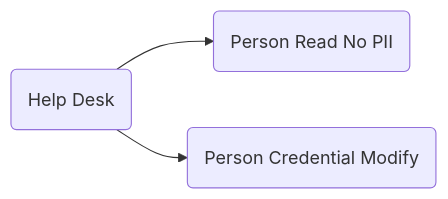
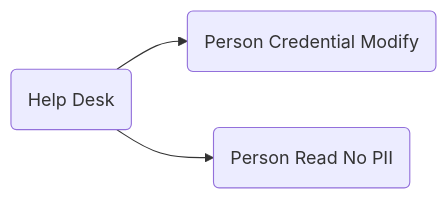
One commit to kanidm/kanidm changed the fourth of 12 diagrams in book/src/developers/designs/access_control_defaults.md. Above: the diagram before and after it, drawn with Mermaid. The commit also changed other lines of this file, not shown here.

````diff
--- a/book/src/developers/designs/access_control_defaults.md
+++ b/book/src/developers/designs/access_control_defaults.md
@@ -41,6 +41,6 @@
 ```mermaid
 graph LR
 
+HelpDesk("Help Desk") --> PersonCredentialModify("Person Credential Modify")
 HelpDesk("Help Desk") --> PersonReadNoPII("Person Read No PII")
-HelpDesk("Help Desk") --> PersonCredentialModify("Person Credential Modify")
 ```
````
